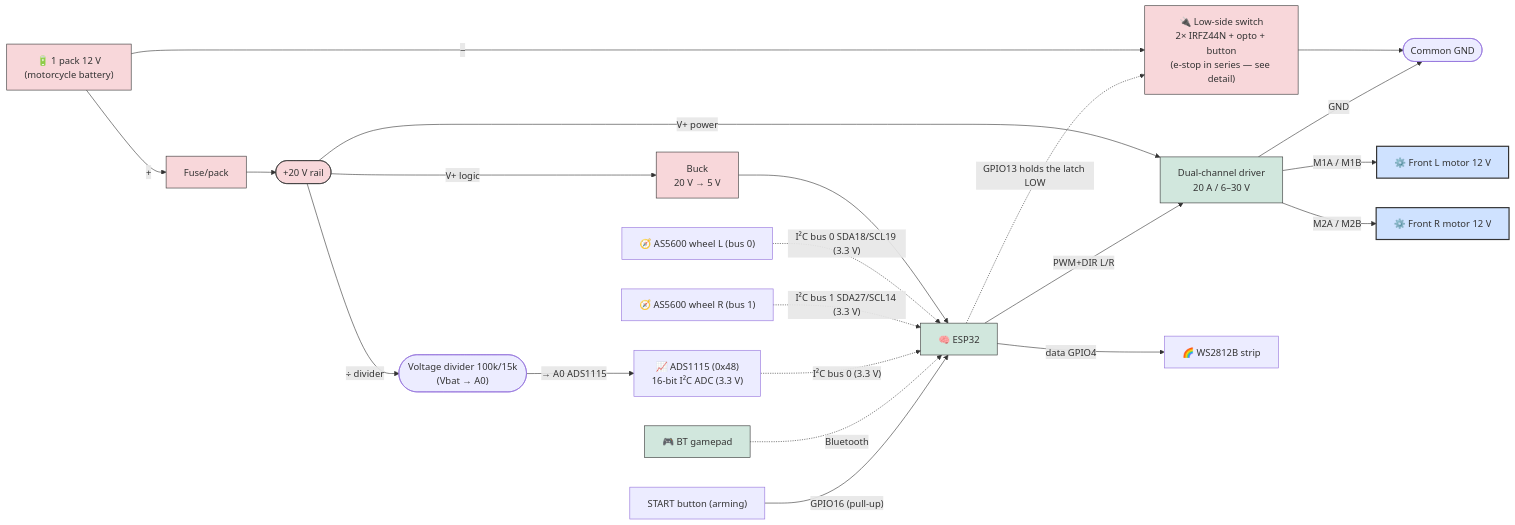
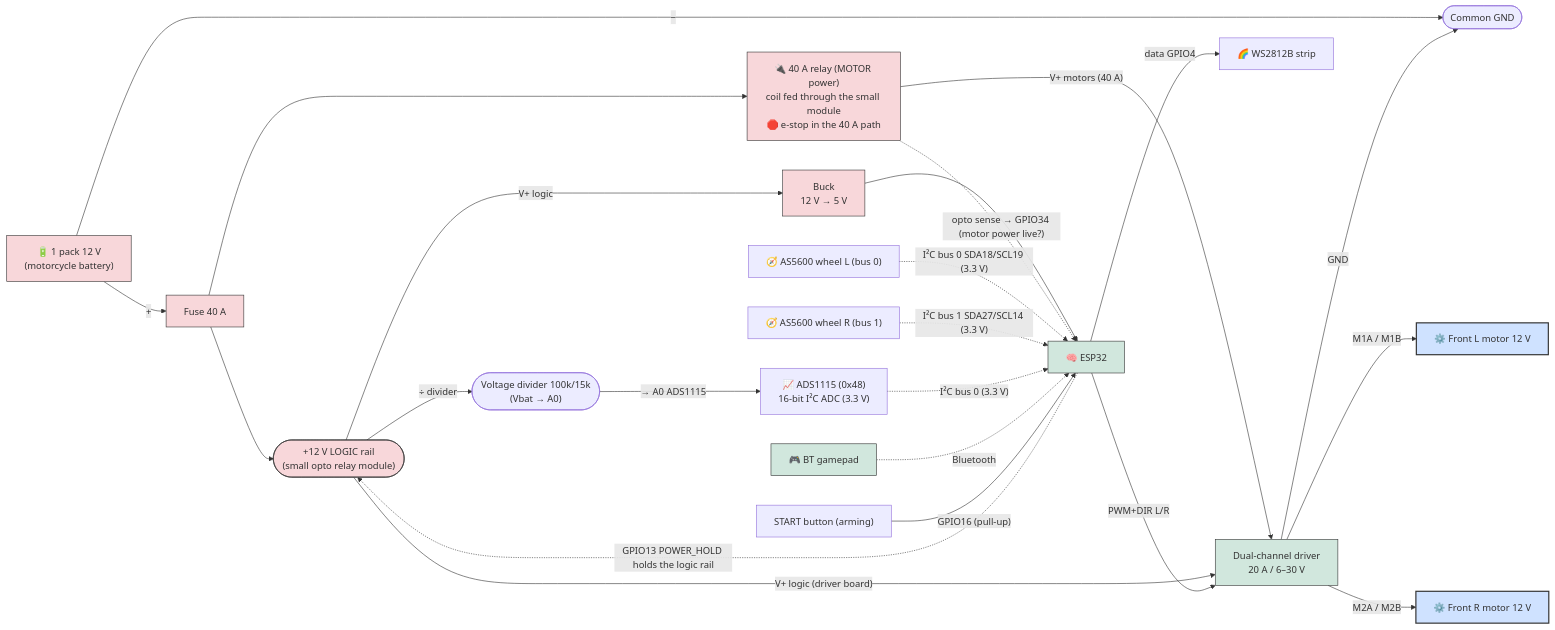
Before and after one commit to pinkymaxou/powered-soapbox-car: the sixth of 10 diagrams in README.md, drawn with Mermaid. The commit also changed other lines of this file, not shown here.

````diff
--- a/README.md
+++ b/README.md
@@ -433,49 +436,52 @@
 ```mermaid
 flowchart LR
     BATT["🔋 1 pack 12 V<br/>(motorcycle battery)"]
-    FUSE["Fuse/pack"]
-    RAIL(["+20 V rail"])
-    SW["🔌 Low-side switch<br/>2× IRFZ44N + opto + button<br/>(e-stop in series — see detail)"]
+    FUSE["Fuse 40 A"]
+    RAIL(["+12 V LOGIC rail<br/>(small opto relay module)"])
+    SW["🔌 40 A relay (MOTOR power)<br/>coil fed through the small module<br/>🛑 e-stop in the 40 A path"]
     GNDC(["Common GND"])
-    BUCK["Buck<br/>20 V → 5 V"]
+    BUCK["Buck<br/>12 V → 5 V"]
     ESP["🧠 ESP32"]
     PAD["🎮 BT gamepad"]
     DRV["Dual-channel driver<br/>20 A / 6–30 V"]
     M1["⚙️ Front L motor 12 V"]
     M2["⚙️ Front R motor 12 V"]
     ADS["📈 ADS1115 (0x48)<br/>16-bit I²C ADC (3.3 V)"]
     EG["🧭 AS5600 wheel L (bus 0)"]
     ED["🧭 AS5600 wheel R (bus 1)"]
     DIVB(["Voltage divider 100k/15k<br/>(Vbat → A0)"])
     BTN["START button (arming)"]
     WS["🌈 WS2812B strip"]
 
-    %% Power: the + is always live; it's the − that is switched (low-side)
+    %% Power: two rails — the small module holds the LOGIC, the 40 A relay feeds the MOTORS
     BATT -- "+" --> FUSE --> RAIL
-    RAIL -- "V+ power" --> DRV
+    FUSE --> SW
+    SW -- "V+ motors (40 A)" --> DRV
+    RAIL -- "V+ logic (driver board)" --> DRV
     RAIL -- "V+ logic" --> BUCK --> ESP
-    BATT -- "−" --> SW --> GNDC
+    BATT -- "−" --> GNDC
     DRV -- "GND" --> GNDC
-    ESP -. "GPIO13 holds the latch LOW" .-> SW
+    ESP -. "GPIO13 POWER_HOLD holds the logic rail" .-> RAIL
+    SW -. "opto sense → GPIO34 (motor power live?)" .-> ESP
 
     %% Motor outputs + speed feedback
     DRV -- "M1A / M1B" --> M1
     DRV -- "M2A / M2B" --> M2
     EG -. "I²C bus 0 SDA18/SCL19 (3.3 V)" .-> ESP
     ED -. "I²C bus 1 SDA27/SCL14 (3.3 V)" .-> ESP
     ADS -. "I²C bus 0 (3.3 V)" .-> ESP
 
     %% Signals
     PAD -. "Bluetooth" .-> ESP
     ESP -- "PWM+DIR L/R" --> DRV
     RAIL -- "÷ divider" --> DIVB -- "→ A0 ADS1115" --> ADS
     BTN -- "GPIO16 (pull-up)" --> ESP
     ESP -- "data GPIO4" --> WS
 
     classDef pwr fill:#f8d7da,stroke:#333;
     classDef ctrl fill:#d1e7dd,stroke:#333;
     classDef mot fill:#cfe2ff,stroke:#333,stroke-width:2px;
     class BATT,FUSE,RAIL,SW,BUCK pwr;
     class ESP,DRV,PAD ctrl;
     class M1,M2 mot;
 ```
````
